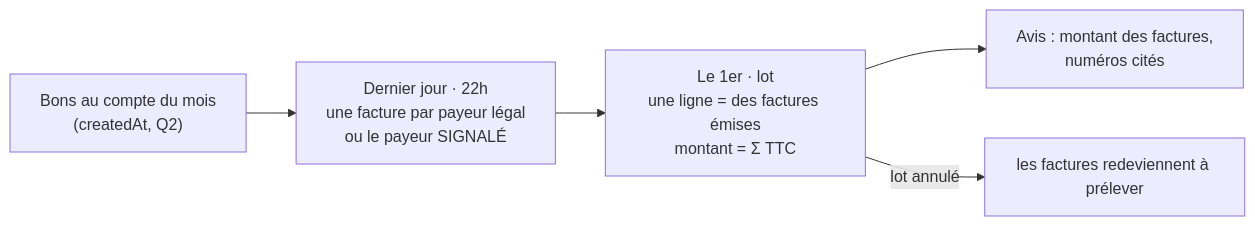
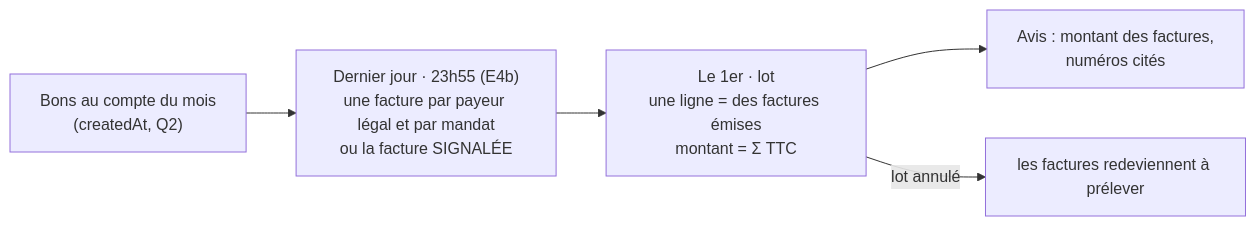
One commit to hugoheynard/lfd changed the second of 2 diagrams in documentation/comptabilite/facturation/plan-emission-de-la-facture.md. Above: the diagram before and after it, drawn with Mermaid. The commit also changed other lines of this file and 36 other files, not shown here.

First line of the commit message:
feat(facturation): la facture du mois s'émet à 23h55, et une facture par mandat

````diff
--- a/documentation/comptabilite/facturation/plan-emission-de-la-facture.md
+++ b/documentation/comptabilite/facturation/plan-emission-de-la-facture.md
@@ -361,7 +361,7 @@
 ```mermaid
 flowchart LR
-  B["Bons au compte du mois<br/>(createdAt, Q2)"] --> F["Dernier jour · 22h<br/>une facture par payeur légal<br/>ou le payeur SIGNALÉ"]
+  B["Bons au compte du mois<br/>(createdAt, Q2)"] --> F["Dernier jour · 23h55 (E4b)<br/>une facture par payeur légal et par mandat<br/>ou la facture SIGNALÉE"]
   F --> L["Le 1er · lot<br/>une ligne = des factures émises<br/>montant = Σ TTC"]
   L --> A["Avis : montant des factures,<br/>numéros cités"]
   L -->|"lot annulé"| F2["les factures redeviennent à prélever"]
 ```
````
